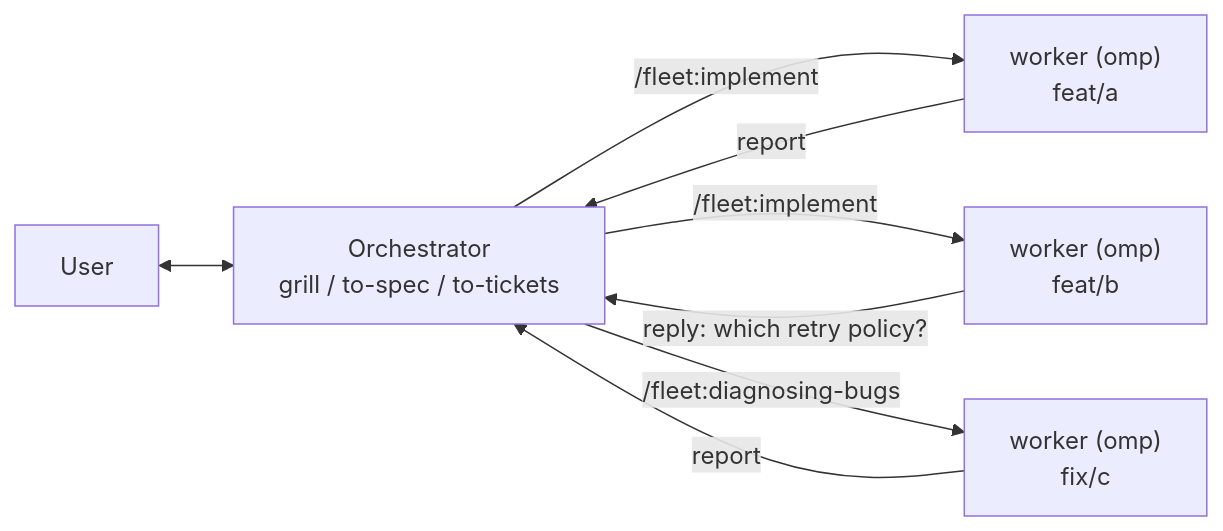
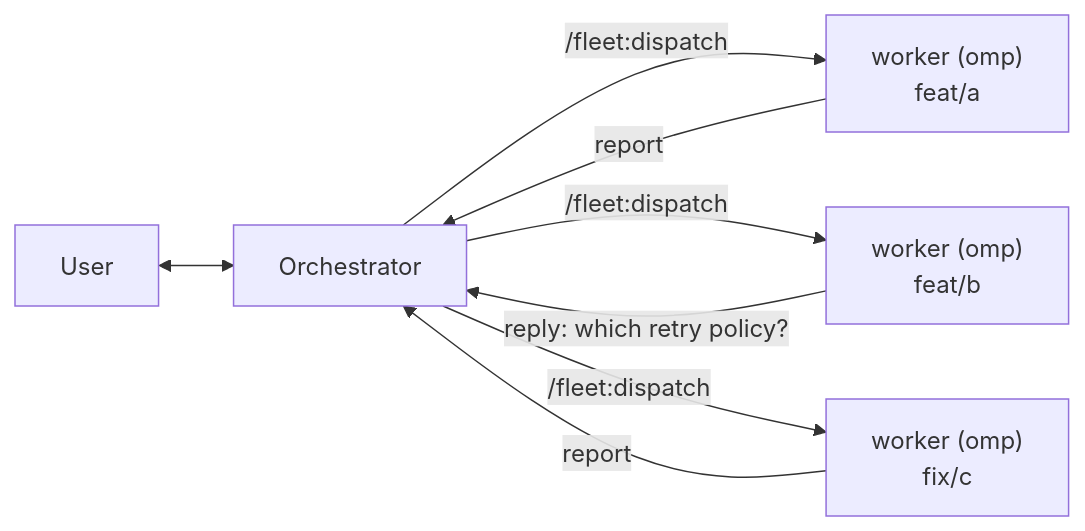
Before and after one commit to andyhite/foreman: the diagram in README.md, drawn with Mermaid. The commit also changed other lines of this file and 15 other files, not shown here.

Commit message:
Make fleet dispatch roles composable

````diff
--- a/README.md
+++ b/README.md
@@ -50,10 +36,10 @@
 ```mermaid
 graph LR
-  U[User] <--> B["Orchestrator<br/>grill / to-spec / to-tickets"]
-  B -->|"/fleet:implement"| W1["worker (omp)<br/>feat/a"]
-  B -->|"/fleet:implement"| W2["worker (omp)<br/>feat/b"]
-  B -->|"/fleet:diagnosing-bugs"| W3["worker (omp)<br/>fix/c"]
+  U[User] <--> B[Orchestrator]
+  B -->|"/fleet:dispatch"| W1["worker (omp)<br/>feat/a"]
+  B -->|"/fleet:dispatch"| W2["worker (omp)<br/>feat/b"]
+  B -->|"/fleet:dispatch"| W3["worker (omp)<br/>fix/c"]
   W1 -->|report| B
   W2 -->|"reply: which retry policy?"| B
   W3 -->|report| B
 ```
````
